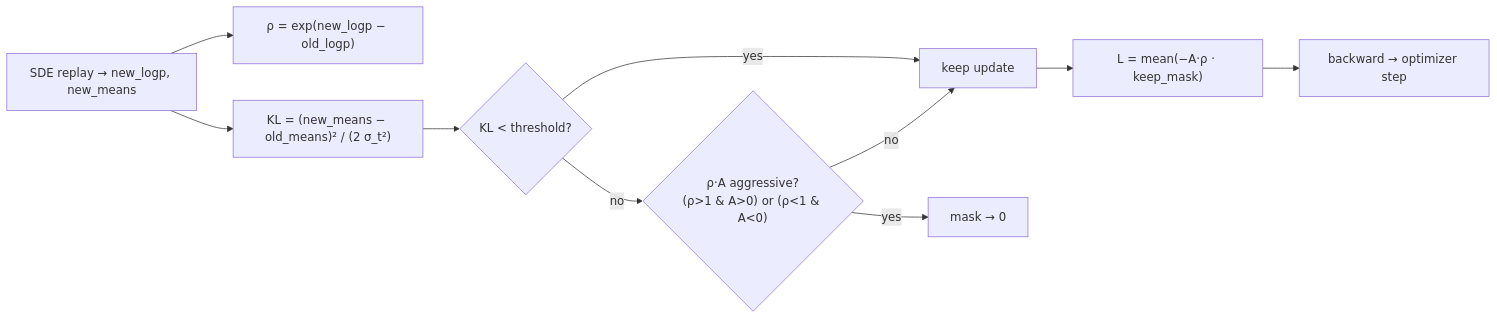
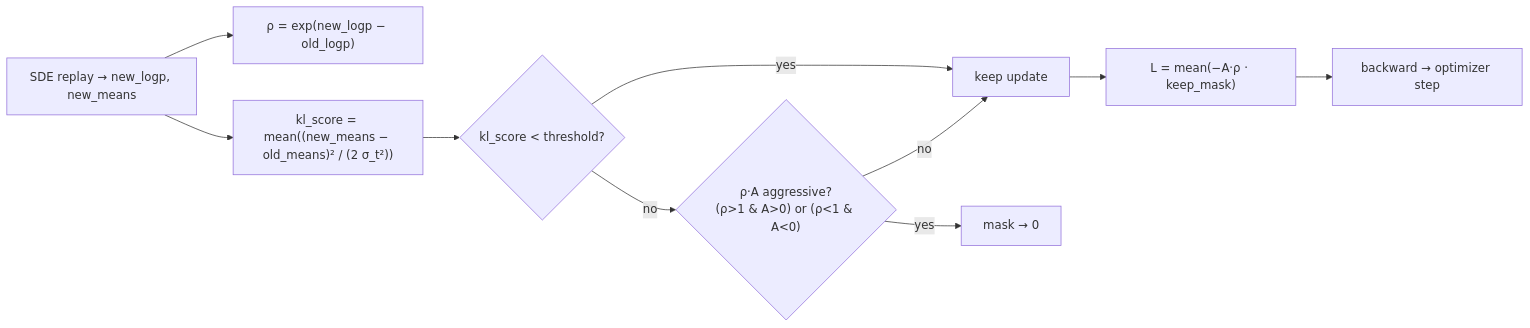
The diagram in algorithm_tutorials/flowDPPO/README.md (celve/unirl), drawn with Mermaid before and after one commit. The commit also changed other lines of this file and 5 other files, not shown here.

Commit message:
docs(algorithm_tutorials): inline core-loss code + trajectory diagrams (#227)

````diff
--- a/algorithm_tutorials/flowDPPO/README.md
+++ b/algorithm_tutorials/flowDPPO/README.md
@@ -22,12 +29,12 @@
 ```mermaid
 flowchart LR
     SDE["SDE replay → new_logp, new_means"] --> Ratio["ρ = exp(new_logp − old_logp)"]
-    SDE --> KL["KL = (new_means − old_means)² / (2 σ_t²)"]
-    KL --> M{"KL < threshold?"}
+    SDE --> KL["kl_score = mean((new_means − old_means)² / (2 σ_t²))"]
+    KL --> M{"kl_score < threshold?"}
     M -- yes --> Keep["keep update"]
     M -- "no" --> Adv{"ρ·A aggressive?<br/>(ρ>1 & A>0) or (ρ<1 & A<0)"}
     Adv -- yes --> Drop["mask → 0"]
     Adv -- "no" --> Keep
     Keep --> Loss["L = mean(−A·ρ · keep_mask)"]
     Loss --> Bk["backward → optimizer step"]
 ```
````
